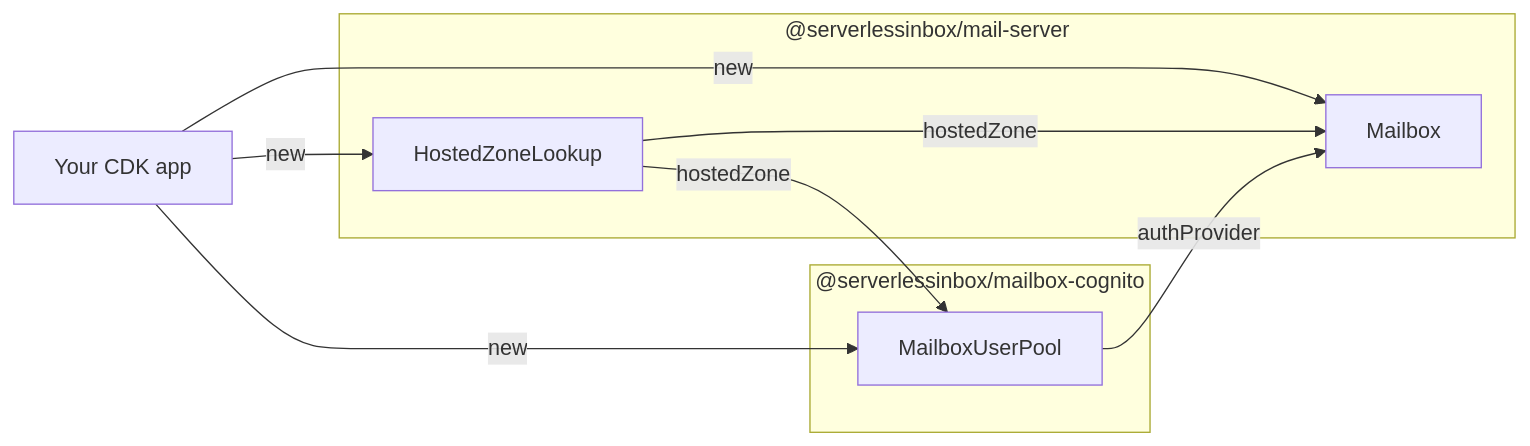
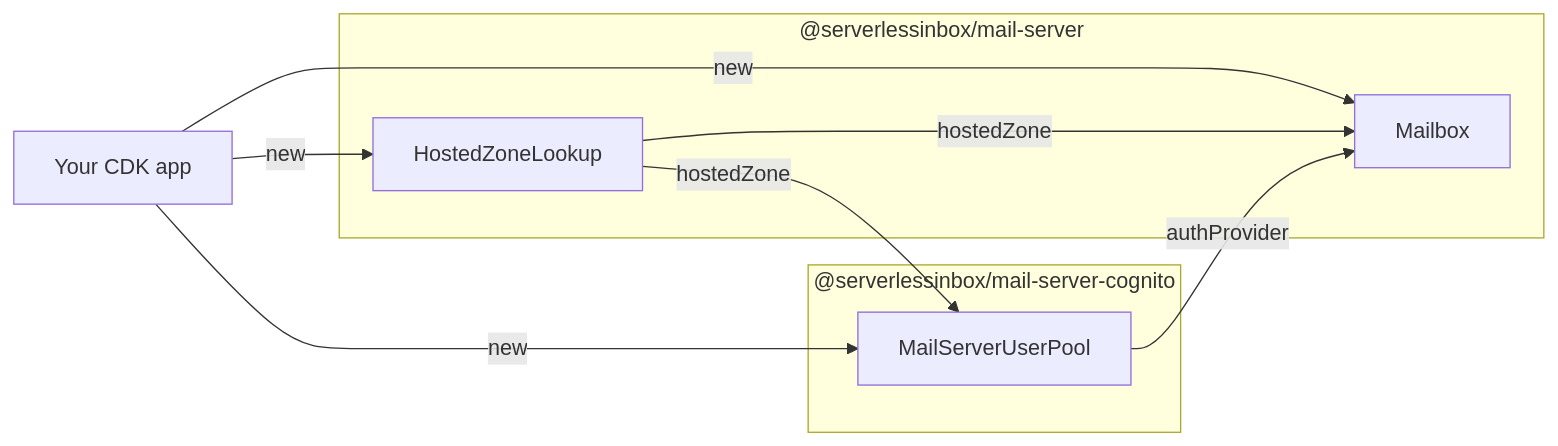
One commit to serverlessinbox/mail-server-cdk changed the diagram in README.md. Above: the diagram before and after it, drawn with Mermaid. The commit also changed other lines of this file and 174 other files, not shown here.

First line of the commit message:
refactor: rename the Cognito CDK package to mail-server-cognito

````diff
--- a/README.md
+++ b/README.md
@@ -59,16 +59,16 @@
 ```mermaid
 flowchart LR
   app["Your CDK app"] -->|new| zone["HostedZoneLookup"]
   app -->|new| mailbox["Mailbox"]
-  app -->|new| pool["MailboxUserPool"]
+  app -->|new| pool["MailServerUserPool"]
   zone -->|hostedZone| mailbox
   zone -->|hostedZone| pool
   pool -->|authProvider| mailbox
   subgraph pkgM["@serverlessinbox/mail-server"]
     zone
     mailbox
   end
-  subgraph pkgC["@serverlessinbox/mailbox-cognito"]
+  subgraph pkgC["@serverlessinbox/mail-server-cognito"]
     pool
   end
 ```
````
